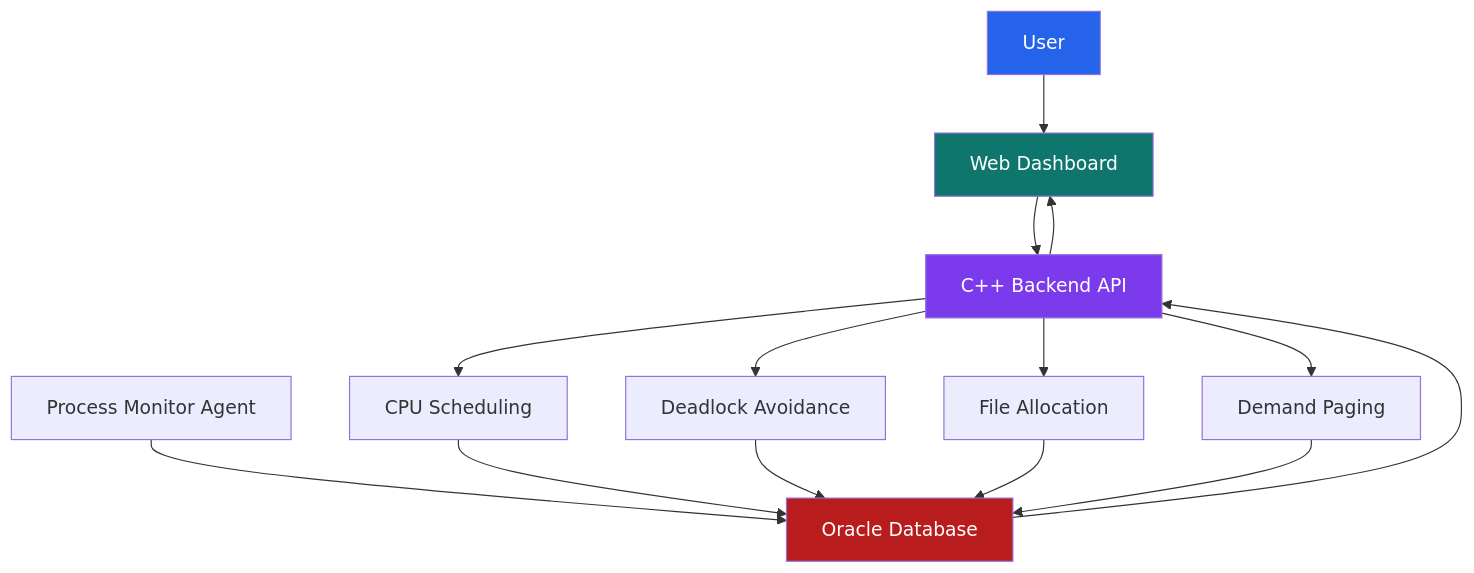
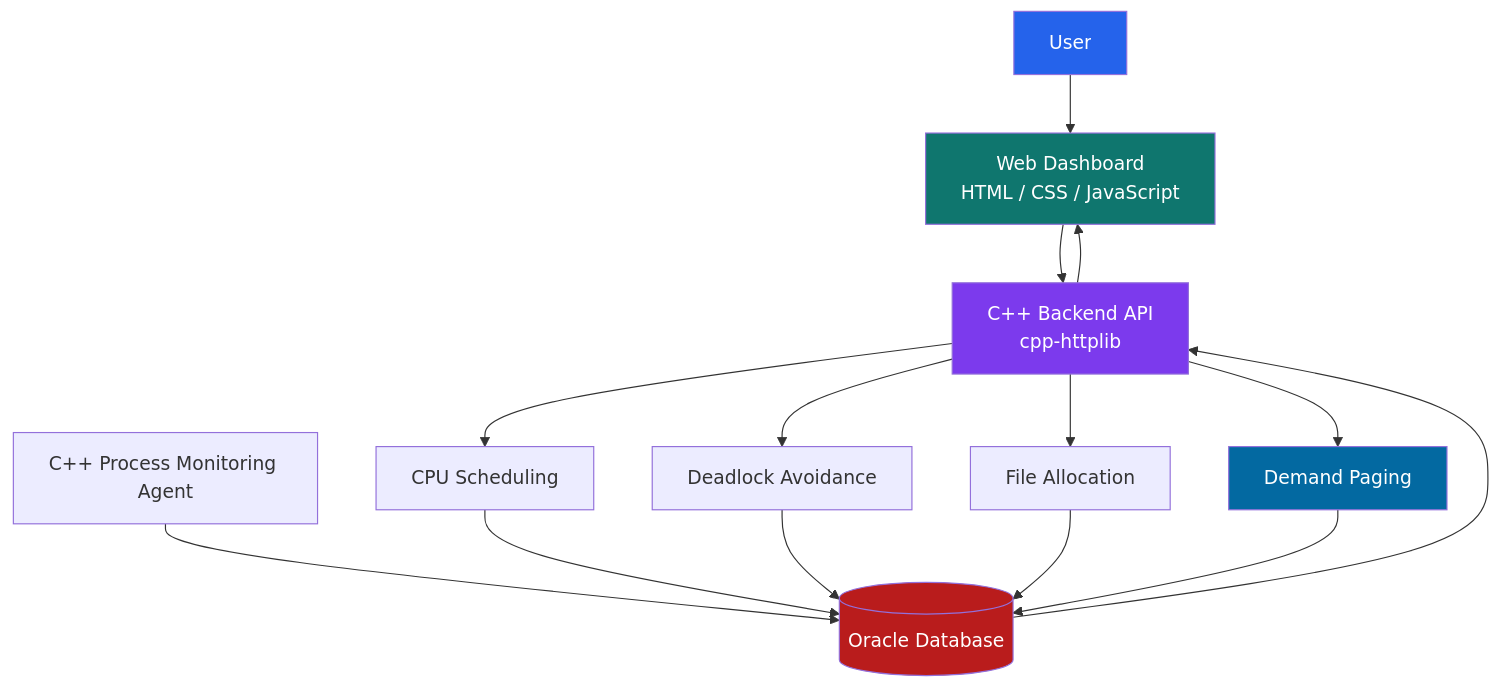
One commit to shashwat123-creator/kernel-query-execution-paging-system changed the diagram in README.md. Above: the diagram before and after it, drawn with Mermaid. The commit also changed other lines of this file, not shown here.

````diff
--- a/README.md
+++ b/README.md
@@ -66,25 +158,26 @@
 ```mermaid
 flowchart TD
-    A["User"] --> B["Web Dashboard"]
-    B --> C["C++ Backend API"]
+    U["User"] --> UI["Web Dashboard<br/>HTML / CSS / JavaScript"]
+    UI --> API["C++ Backend API<br/>cpp-httplib"]
 
-    C --> D["CPU Scheduling"]
-    C --> E["Deadlock Avoidance"]
-    C --> F["File Allocation"]
-    C --> G["Demand Paging"]
+    API --> CPU["CPU Scheduling"]
+    API --> DL["Deadlock Avoidance"]
+    API --> FA["File Allocation"]
+    API --> PG["Demand Paging"]
 
-    H["Process Monitor Agent"] --> I["Oracle Database"]
+    MON["C++ Process Monitoring Agent"] --> DB[("Oracle Database")]
 
-    D --> I
-    E --> I
-    F --> I
-    G --> I
+    CPU --> DB
+    DL --> DB
+    FA --> DB
+    PG --> DB
 
-    I --> C
-    C --> B
+    DB --> API
+    API --> UI
 
-    style A fill:#2563eb,color:#fff
-    style B fill:#0f766e,color:#fff
-    style C fill:#7c3aed,color:#fff
-    style I fill:#b91c1c,color:#fff
+    style U fill:#2563eb,color:#fff
+    style UI fill:#0f766e,color:#fff
+    style API fill:#7c3aed,color:#fff
+    style DB fill:#b91c1c,color:#fff
+    style PG fill:#0369a1,color:#fff
 ```
````
